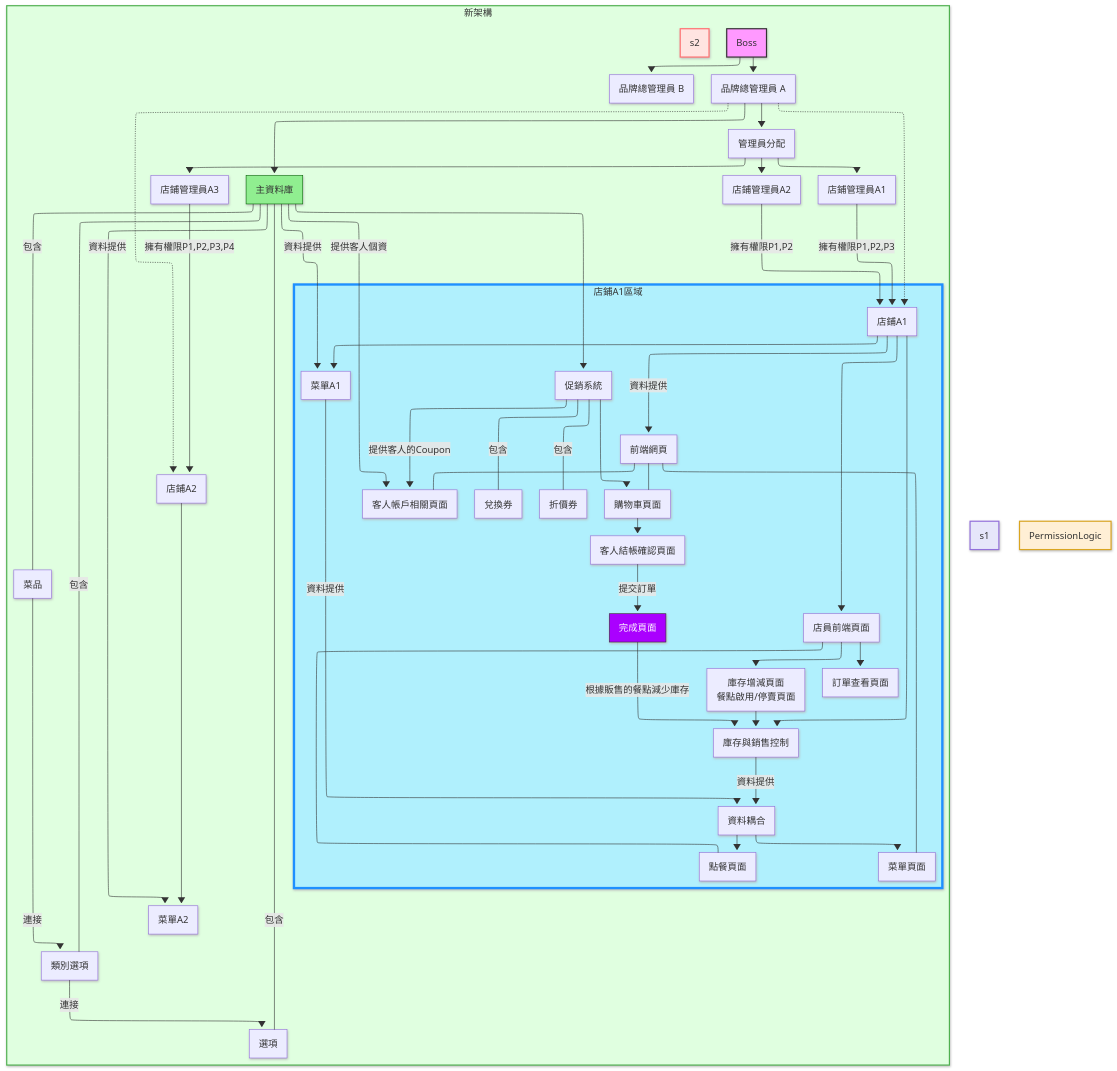
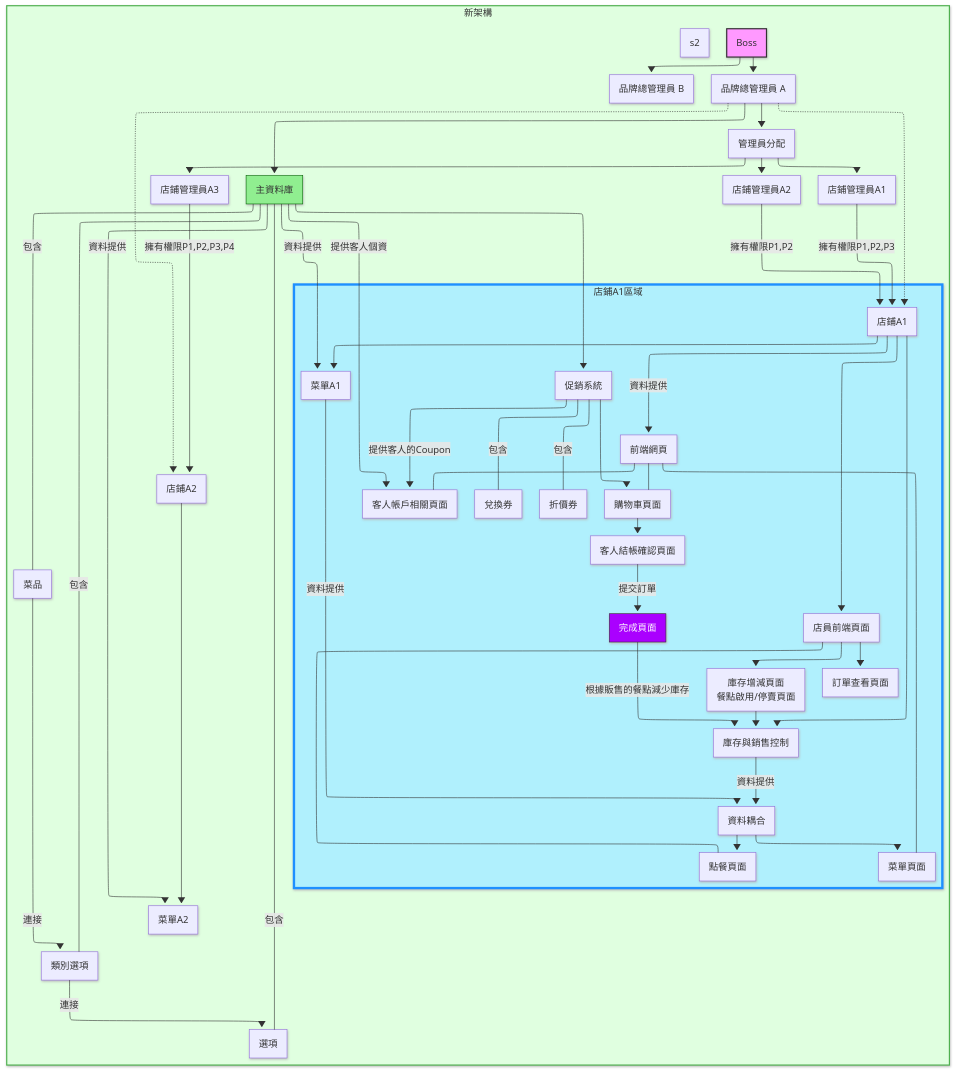
The first of 3 diagrams in README.md (RabbirReaper/online-order-system), drawn with Mermaid before and after one commit.

Commit message:
更新流程圖樣式，移除不必要的樣式設定以簡化視覺效果

````diff
--- a/README.md
+++ b/README.md
@@ -102,82 +102,79 @@
 ```mermaid
 ---
 config:
   theme: default
   look: neo
   layout: elk
 ---
 flowchart TB
  subgraph s3["新架構"]
         brand_CEO_A["品牌總管理員 A"]
         Boss["Boss"]
         brand_CEO_B["品牌總管理員 B"]
         brand_A_database["主資料庫"]
         Dishs_A["菜品"]
         CategoryOptionsA["類別選項"]
         OptionsA["選項"]
         StoreA2["店鋪A2"]
         AdminAssignment["管理員分配"]
         StoreAdminA1["店鋪管理員A1"]
         StoreAdminA2["店鋪管理員A2"]
         StoreAdminA3["店鋪管理員A3"]
         MenuA2["菜單A2"]
         s2
         StoreAreaA1["StoreAreaA1"]
   end
  subgraph StoreAreaA1["店鋪A1區域"]
         StoreA1["店鋪A1"]
         MenuA1["菜單A1"]
         NetpageA1["前端網頁"]
         Promotion["促銷系統"]
         ExCoupon["兌換券"]
         DiscountCoupon["折價券"]
         MenuPage["菜單頁面"]
         CustomerCountPage["客人帳戶相關頁面"]
         ShoppingCartPage["購物車頁面"]
         CheckOutPage["客人結帳確認頁面"]
         n1["庫存與銷售控制"]
         n2["資料耦合"]
         n3["點餐頁面"]
         n4["完成頁面"]
         n5["店員前端頁面"]
         n6["訂單查看頁面"]
         n7["庫存增減頁面<br>餐點啟用/停賣頁面"]
   end
     Boss --> brand_CEO_A & brand_CEO_B
     brand_CEO_A --> brand_A_database & AdminAssignment
     brand_CEO_A -.-> StoreA1 & StoreA2
     brand_A_database -- 包含 --- Dishs_A & CategoryOptionsA & OptionsA
     CategoryOptionsA -- 連接 --> OptionsA
     Dishs_A -- 連接 --> CategoryOptionsA
     AdminAssignment --> StoreAdminA1 & StoreAdminA2 & StoreAdminA3
     StoreAdminA1 -- 擁有權限P1,P2,P3 --> StoreA1
     StoreAdminA2 -- 擁有權限P1,P2 --> StoreA1
     StoreAdminA3 -- 擁有權限P1,P2,P3,P4 --> StoreA2
     StoreA1 --> MenuA1 & n1 & n5
     brand_A_database -- 資料提供 --> MenuA1 & MenuA2
     StoreA2 --> MenuA2
     StoreA1 -- 資料提供 --> NetpageA1
     Promotion -- 包含 --- ExCoupon & DiscountCoupon
     brand_A_database --> Promotion
     NetpageA1 --- MenuPage & CustomerCountPage & ShoppingCartPage
     Promotion --> ShoppingCartPage
     Promotion -- 提供客人的Coupon --> CustomerCountPage
     ShoppingCartPage --> CheckOutPage
     brand_A_database -- 提供客人個資 --> CustomerCountPage
     n1 -- 資料提供 --> n2
     MenuA1 -- 資料提供 --> n2
     n2 --> MenuPage & n3
     CheckOutPage -- 提交訂單 --> n4
     n4 -- 根據販售的餐點減少庫存 --> n1
     n5 --- n3
     n5 --> n6 & n7
     n7 --> n1
-    style s1 fill:#E6E6FA,stroke:#9370DB,stroke-width:2px
-    style s2 fill:#FFE4E1,stroke:#ff7070,stroke-width:2px
     style s3 fill:#E0FFE0,stroke:#50b050,stroke-width:2px
-    style PermissionLogic fill:#FFEFD5,stroke:#DAA520,stroke-width:2px
     style StoreAreaA1 fill:#B0F0FD,stroke:#1E90FF,stroke-width:4px
     style Boss fill:#f9f,stroke:#333,stroke-width:2px
     style brand_A_database fill:#90EE90,stroke:#006400
     style n4 fill:#AA00FF,color:white,stroke:#333
 ```
````
